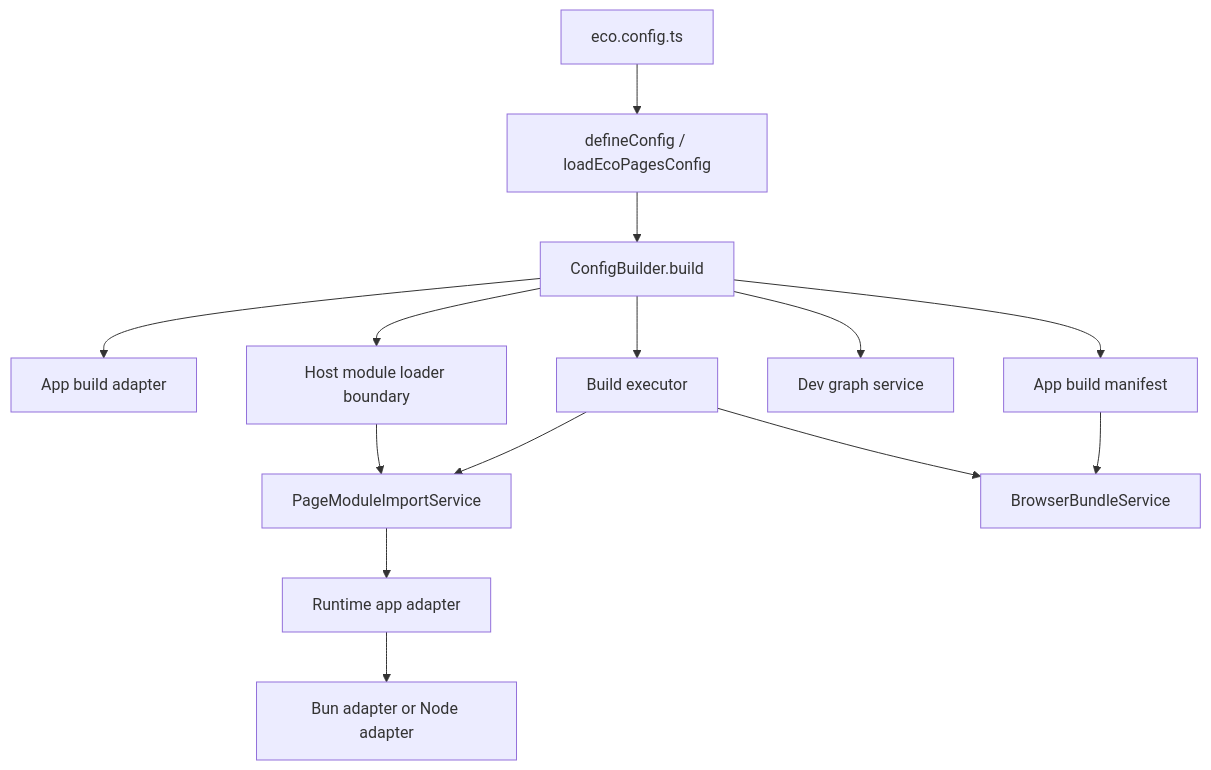
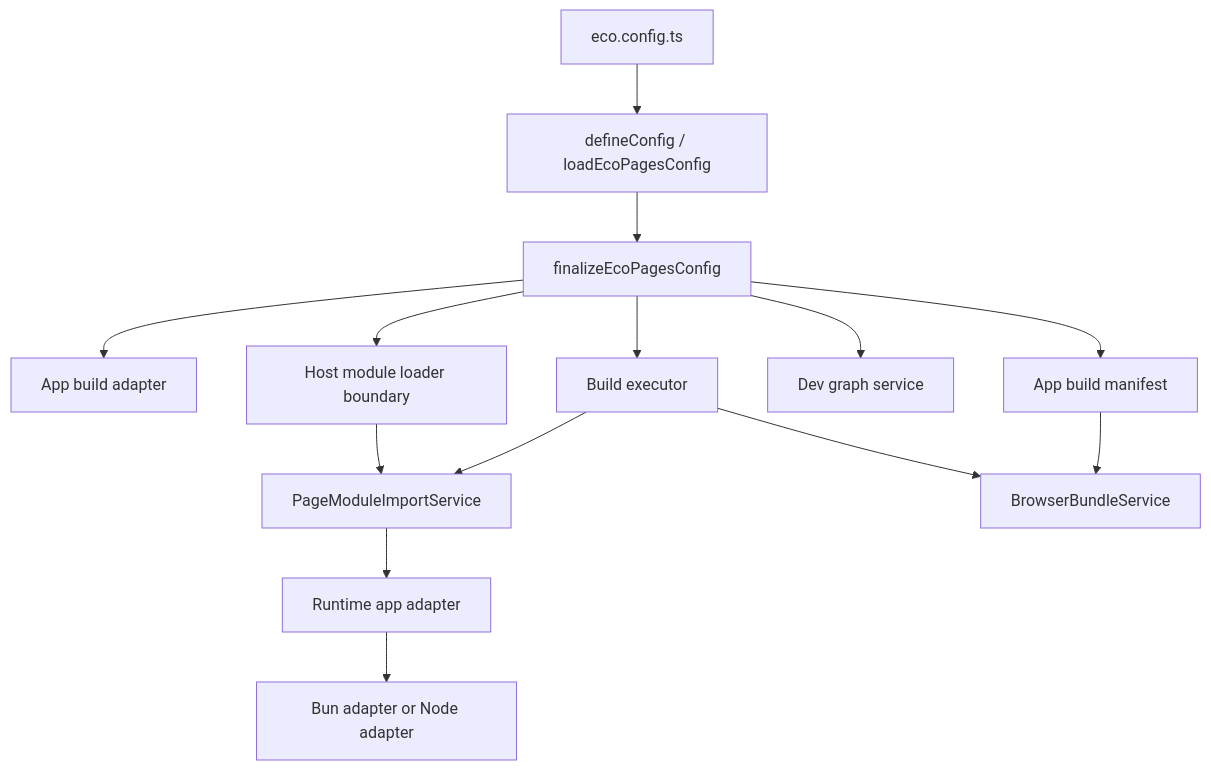
The first of 2 diagrams in packages/core/README.md (ecopages/ecopages), drawn with Mermaid before and after one commit. The commit also changed other lines of this file and 116 other files, not shown here.

Commit message:
refactor(core)!: replace ConfigBuilder with finalizeEcoPagesConfig

````diff
--- a/packages/core/README.md
+++ b/packages/core/README.md
@@ -31,16 +31,16 @@
 ```mermaid
 flowchart TD
 	A[eco.config.ts] --> B[defineConfig / loadEcoPagesConfig]
-	B --> C[ConfigBuilder.build]
+	B --> C[finalizeEcoPagesConfig]
 	C --> D[App build adapter]
 	C --> E[App build manifest]
 	C --> F[Build executor]
 	C --> G[Dev graph service]
 	C --> H[Host module loader boundary]
 	H --> I[PageModuleImportService]
 	F --> I
 	F --> J[BrowserBundleService]
 	I --> K[Runtime app adapter]
 	K --> L[Bun adapter or Node adapter]
 	E --> J
 ```
````
